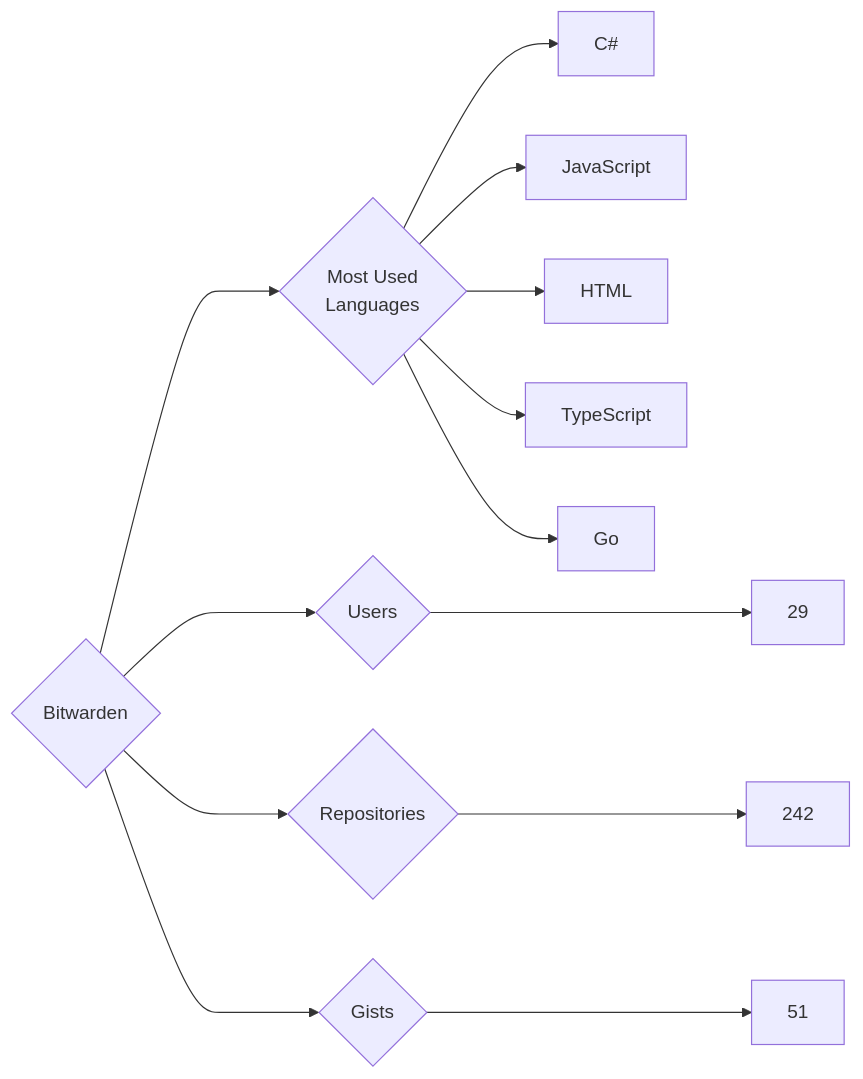
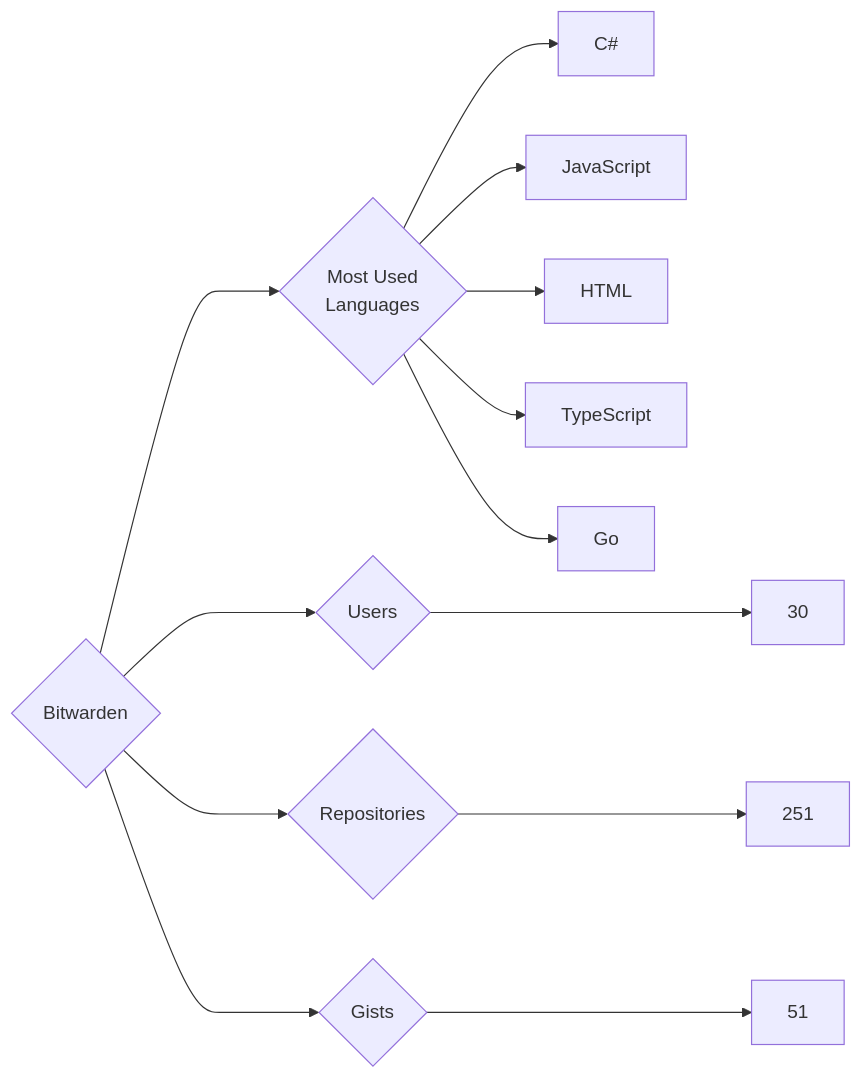
The diagram in targets/Bitwarden/README.md (trickest/insiders), drawn with Mermaid before and after one commit. The commit also changed 1020 other files, not shown here.

````diff
--- a/targets/Bitwarden/README.md
+++ b/targets/Bitwarden/README.md
@@ -3,13 +3,13 @@
 ```mermaid
 graph LR
 COMPANY_NAME{Bitwarden}
-COMPANY_NAME ---> U{Users} ---> UN[29]
-COMPANY_NAME ---> R{Repositories} ---> RN[242]
+COMPANY_NAME ---> U{Users} ---> UN[30]
+COMPANY_NAME ---> R{Repositories} ---> RN[251]
 COMPANY_NAME ---> G{Gists} ---> GN[51]
 COMPANY_NAME ---> ML{Most Used<br>Languages}
 ML --> C#[C#]
 ML --> JavaScript[JavaScript]
 ML --> HTML[HTML]
 ML --> TypeScript[TypeScript]
 ML --> Go[Go]
 ```
````
